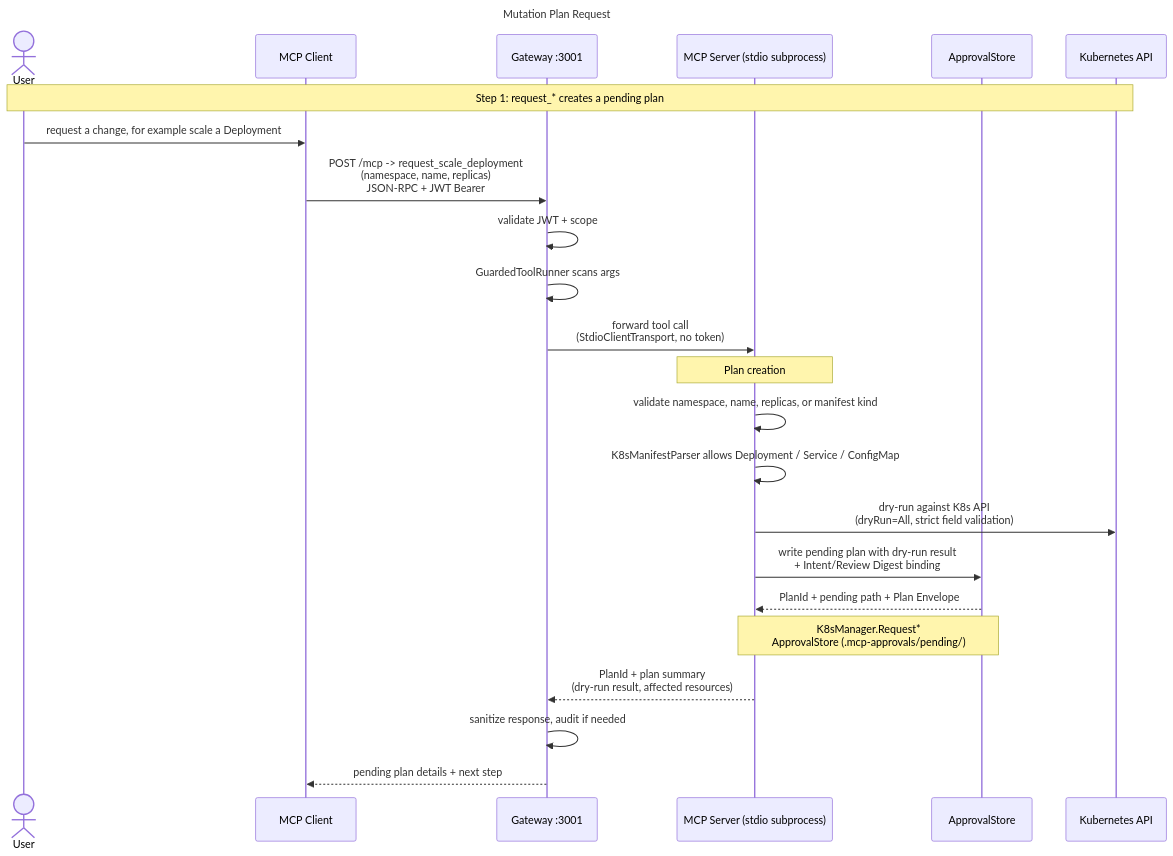
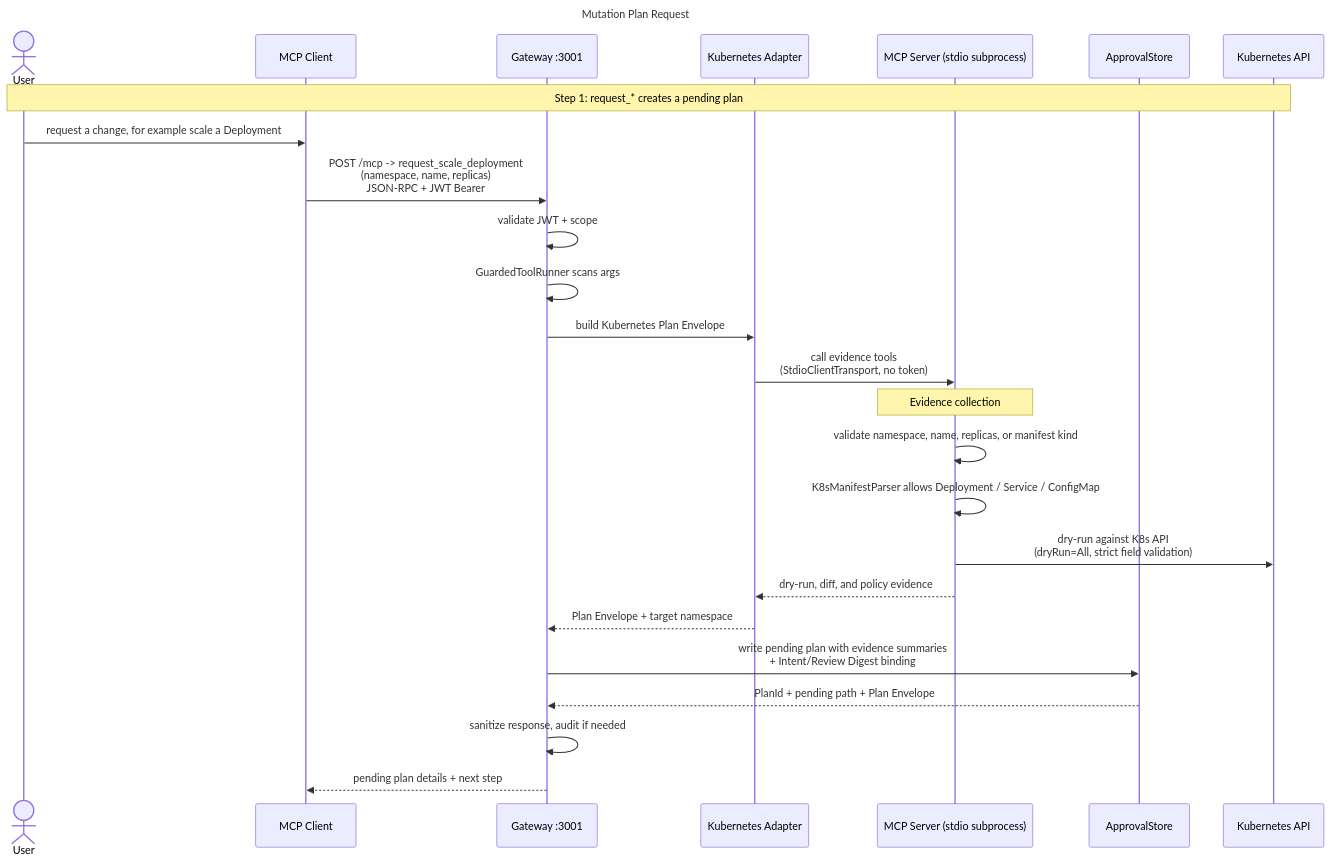
The fourth of 7 diagrams in docs/architecture.md (mirusser/Kubernetes-MCP-Guard), drawn with Mermaid before and after one commit. The commit also changed other lines of this file and 47 other files, not shown here.

Commit message:
feature:approval-flow drift mitigation

````diff
--- a/docs/architecture.md
+++ b/docs/architecture.md
@@ -183,33 +184,35 @@
 ```mermaid
 ---
 title: Mutation Plan Request
 ---
 sequenceDiagram
     actor User
     participant Client as MCP Client
     participant GW as Gateway :3001
+    participant Adapter as Kubernetes Adapter
     participant Svr as MCP Server (stdio subprocess)
     participant Store as ApprovalStore
     participant K8s as Kubernetes API
 
     Note over User,K8s: Step 1: request_* creates a pending plan
 
     User->>Client: request a change, for example scale a Deployment
     Client->>GW: POST /mcp -> request_scale_deployment<br/>(namespace, name, replicas)<br/>JSON-RPC + JWT Bearer
 
     GW->>GW: validate JWT + scope
     GW->>GW: GuardedToolRunner scans args
-    GW->>Svr: forward tool call<br/>(StdioClientTransport, no token)
+    GW->>Adapter: build Kubernetes Plan Envelope
+    Adapter->>Svr: call evidence tools<br/>(StdioClientTransport, no token)
 
-    Note over Svr: Plan creation
+    Note over Svr: Evidence collection
     Svr->>Svr: validate namespace, name, replicas, or manifest kind
     Svr->>Svr: K8sManifestParser allows Deployment / Service / ConfigMap
     Svr->>K8s: dry-run against K8s API<br/>(dryRun=All, strict field validation)
-    Svr->>Store: write pending plan with dry-run result<br/>+ Intent/Review Digest binding
-    Store-->>Svr: PlanId + pending path + Plan Envelope
-    Note over Svr,Store: K8sManager.Request*<br/>ApprovalStore (.mcp-approvals/pending/)
-    Svr-->>GW: PlanId + plan summary<br/>(dry-run result, affected resources)
+    Svr-->>Adapter: dry-run, diff, and policy evidence
+    Adapter-->>GW: Plan Envelope + target namespace
+    GW->>Store: write pending plan with evidence summaries<br/>+ Intent/Review Digest binding
+    Store-->>GW: PlanId + pending path + Plan Envelope
 
     GW->>GW: sanitize response, audit if needed
     GW-->>Client: pending plan details + next step
 ```
````
